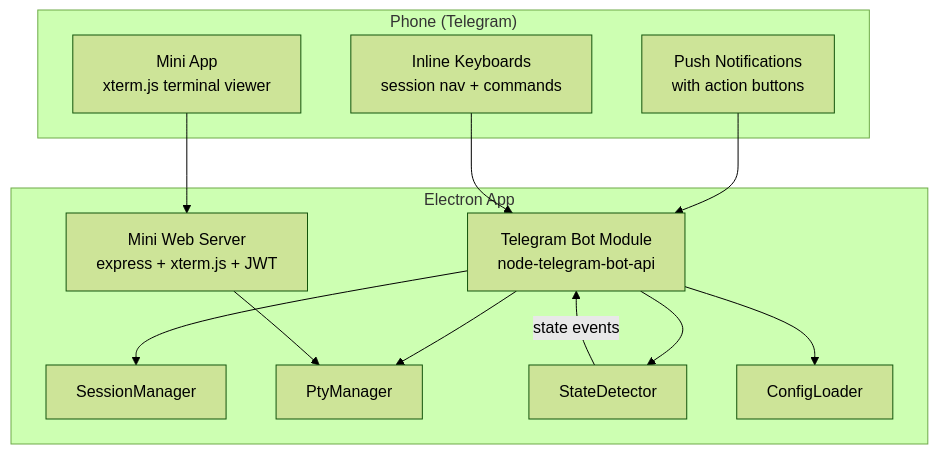
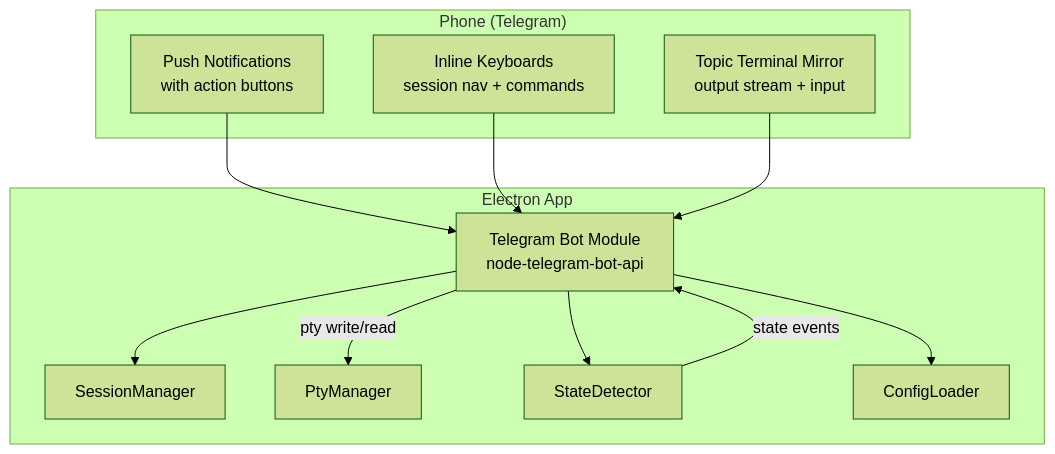
Before and after one commit to PetePeter/gamepad-cli-hub: the first of 5 diagrams in docs/plans/20260404-telegram-bot-remote/plan.md, drawn with Mermaid (forest theme). The commit also changed other lines of this file and 41 other files, not shown here.

````diff
--- a/docs/plans/20260404-telegram-bot-remote/plan.md
+++ b/docs/plans/20260404-telegram-bot-remote/plan.md
@@ -15,27 +15,25 @@
 ```mermaid
 graph TB
     subgraph "Phone (Telegram)"
         N[Push Notifications<br>with action buttons]
         IK[Inline Keyboards<br>session nav + commands]
-        MA[Mini App<br>xterm.js terminal viewer]
+        TM[Topic Terminal Mirror<br>output stream + input]
     end
 
     subgraph "Electron App"
         TB[Telegram Bot Module<br>node-telegram-bot-api]
-        WS[Mini Web Server<br>express + xterm.js + JWT]
         SM[SessionManager]
         PTY[PtyManager]
         SD[StateDetector]
         CL[ConfigLoader]
     end
 
     N --> TB
     IK --> TB
-    MA --> WS
+    TM --> TB
     TB --> SM
-    TB --> PTY
+    TB -->|pty write/read| PTY
     TB --> SD
     TB --> CL
-    WS --> PTY
     SD -->|state events| TB
 ```
````
